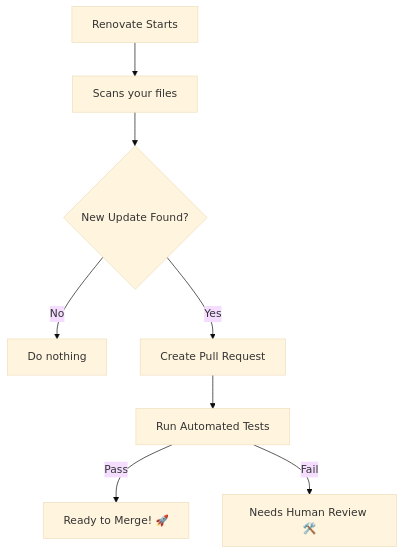
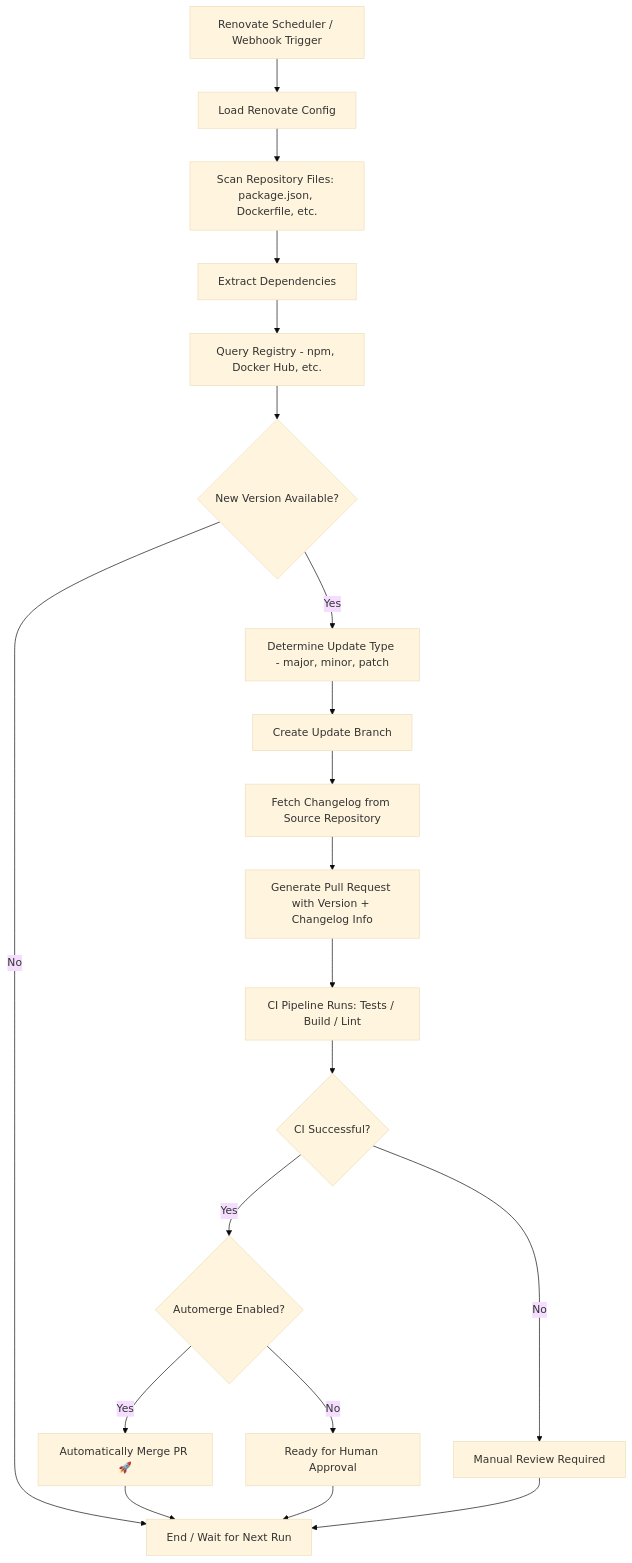
Before and after one commit to ADORSYS-GIS/observability: the diagram in docs/RENOVATE-DOCUMENTATION.md, drawn with Mermaid (base theme).

Commit message:
docs: Update Renovate workflow diagram to include more detailed steps.

````diff
--- a/docs/RENOVATE-DOCUMENTATION.md
+++ b/docs/RENOVATE-DOCUMENTATION.md
@@ -92,13 +92,33 @@
 ```mermaid
 graph TD
-    Start[Renovate Starts] --> Scan[Scans your files]
-    Scan --> Check{New Update Found?}
-    
-    Check -- No --> Sleep[Do nothing]
-    Check -- Yes --> PR[Create Pull Request]
-    
-    PR --> Test[Run Automated Tests]
-    
-    Test -- Pass --> Merge[Ready to Merge! 🚀]
-    Test -- Fail --> Fix[Needs Human Review 🛠️]
+
+    A[Renovate Scheduler / Webhook Trigger] --> B[Load Renovate Config]
+    B --> C[Scan Repository Files: package.json, Dockerfile, etc.]
+
+    C --> D[Extract Dependencies]
+    D --> E[Query Registry - npm, Docker Hub, etc.]
+
+    E --> F{New Version Available?}
+
+    F -- No --> Z[End / Wait for Next Run]
+
+    F -- Yes --> G[Determine Update Type - major, minor, patch]
+    G --> H[Create Update Branch]
+
+    H --> I[Fetch Changelog from Source Repository]
+    I --> J[Generate Pull Request with Version + Changelog Info]
+
+    J --> K[CI Pipeline Runs: Tests / Build / Lint]
+
+    K --> L{CI Successful?}
+
+    L -- No --> M[Manual Review Required]
+    L -- Yes --> N{Automerge Enabled?}
+
+    N -- Yes --> O[Automatically Merge PR 🚀]
+    N -- No --> P[Ready for Human Approval]
+
+    O --> Z
+    P --> Z
+    M --> Z
 ```
````
